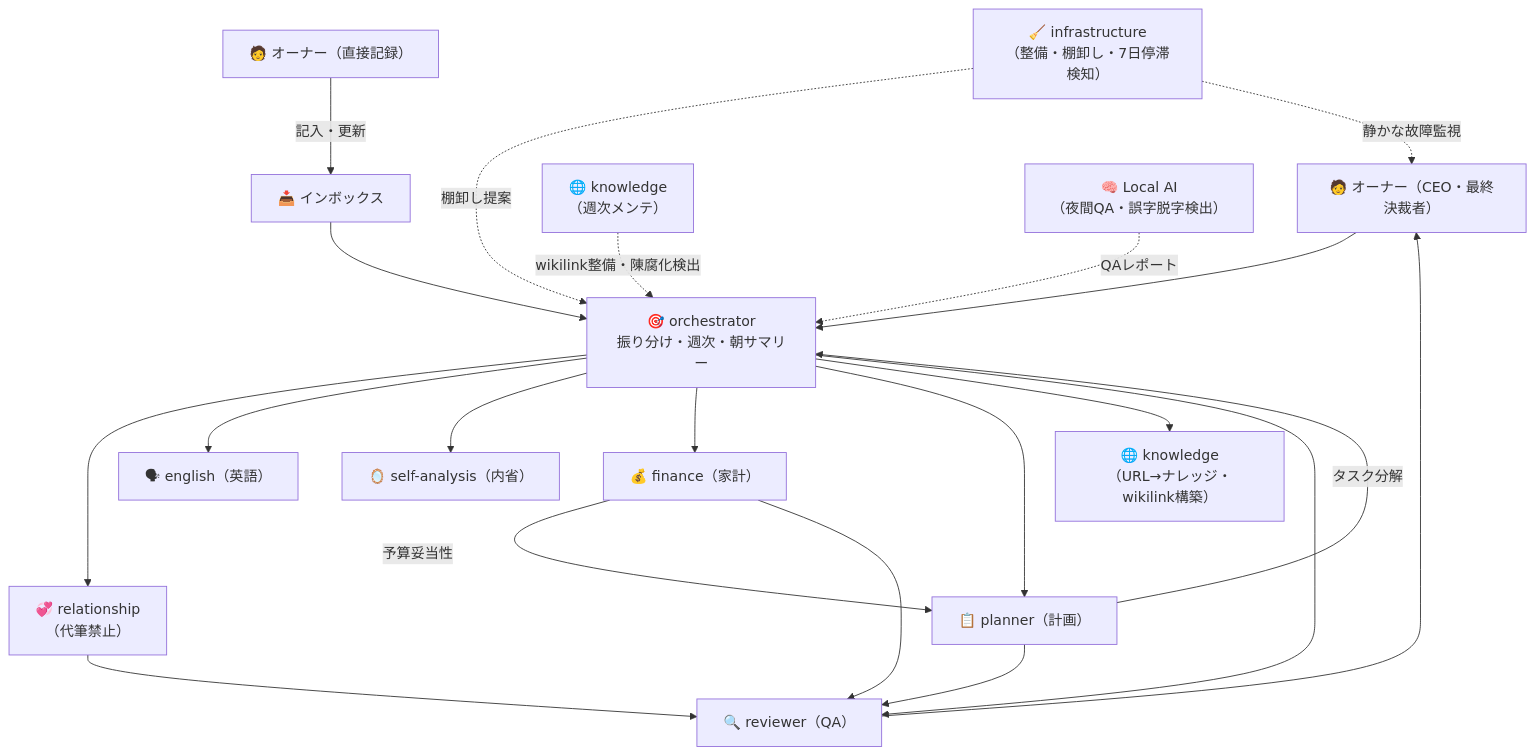
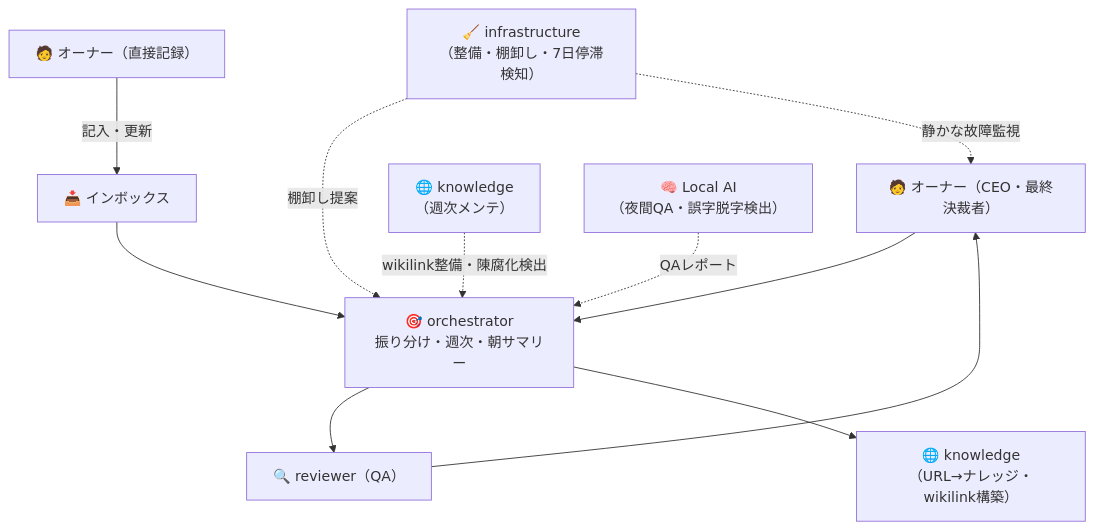
Before and after one commit to sflren6741/SHUKI: the diagram in 00_Intranet/AI運用ルール集（イントラ）/🏢 AI組織図 ＆ RACI.md, drawn with Mermaid. The commit also changed other lines of this file and 20 other files, not shown here.

````diff
--- a/00_Intranet/AI運用ルール集（イントラ）/🏢 AI組織図 ＆ RACI.md
+++ b/00_Intranet/AI運用ルール集（イントラ）/🏢 AI組織図 ＆ RACI.md
@@ -13,23 +14,13 @@
 ```mermaid
 flowchart TD
 	H["🧑 オーナー（CEO・最終決裁者）"] --> O["🎯 orchestrator<br>振り分け・週次・朝サマリー"]
 	Ren["🧑 オーナー（直接記録）"] --> |記入・更新| Inbox["📥 インボックス"]
 	Inbox --> O
-	O --> S2["💞 relationship<br>（代筆禁止）"]
-	O --> S4["🗣 english（英語）"]
-	O --> S5["🪞 self-analysis（内省）"]
-	O --> S6["💰 finance（家計）"]
-	O --> S7["📋 planner（計画）"]
-	O --> S9["🌐 knowledge<br>（URL→ナレッジ・wikilink構築）"]
 	O --> R["🔍 reviewer（QA）"]
+	O --> K["🌐 knowledge<br>（URL→ナレッジ・wikilink構築）"]
 	I["🧹 infrastructure<br>（整備・棚卸し・7日停滞検知）"] -.->|棚卸し提案| O
 	I -.->|静かな故障監視| H
 	K2["🌐 knowledge<br>（週次メンテ）"] -.->|wikilink整備・陳腐化検出| O
 	LA["🧠 Local AI<br>（夜間QA・誤字脱字検出）"] -.->|QAレポート| O
-	S6 -->|予算妥当性| S7
-	S7 -->|タスク分解| O
-	S2 --> R
-	S6 --> R
-	S7 --> R
 	R --> H
 ```
````
